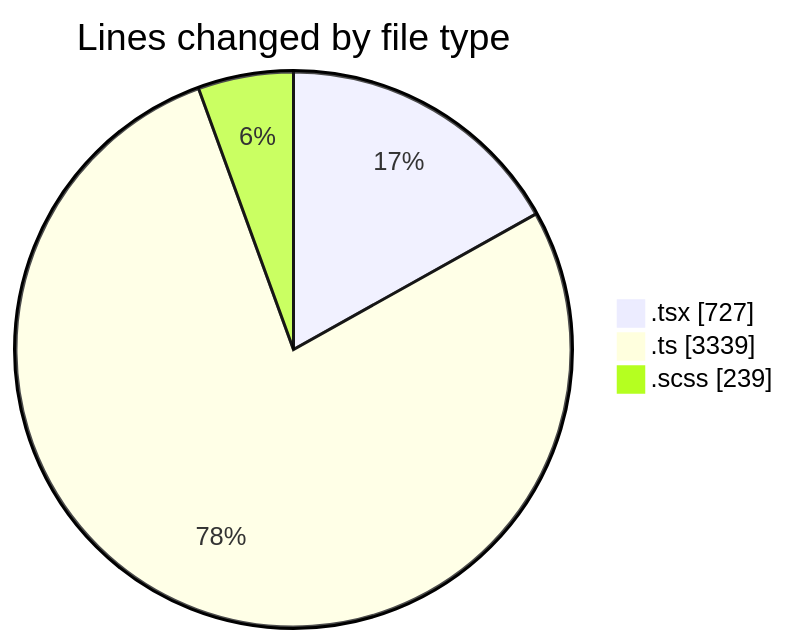
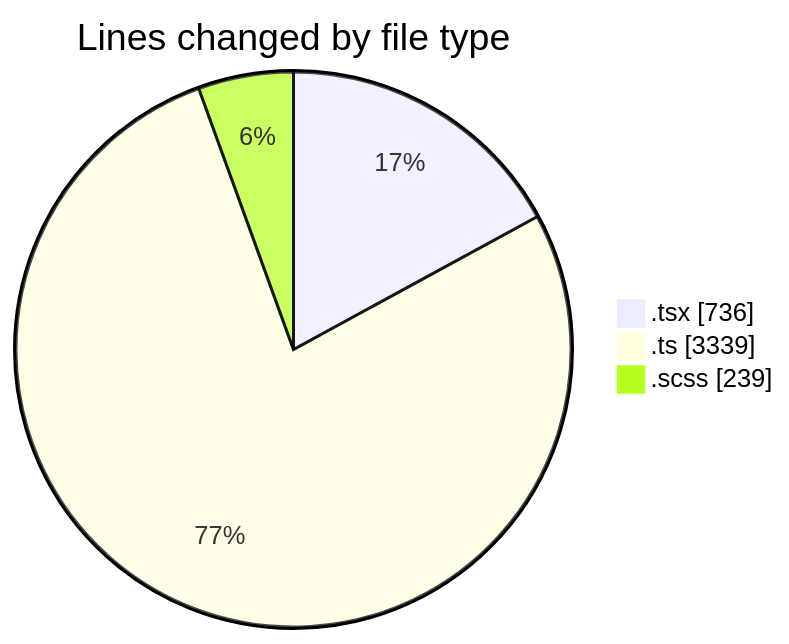
The first of 2 diagrams in 2025-09-17/cda/README.md (momahboobian/code-tracking), drawn with Mermaid before and after one commit. The commit also changed other lines of this file and 1 other file, not shown here.

````diff
--- a/2025-09-17/cda/README.md
+++ b/2025-09-17/cda/README.md
@@ -25,7 +25,7 @@
 ```mermaid
 pie showData
 title Lines changed by file type
-".tsx" : 727
+".tsx" : 736
 ".ts" : 3339
 ".scss" : 239
 ```
````
